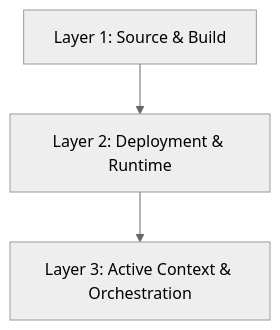
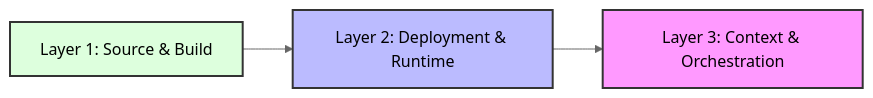
Before and after one commit to udx/dev.kit: the diagram in assets/diagrams/engineering-layers.mmd, drawn with Mermaid (neutral theme). The commit also changed 31 other files, not shown here.

Commit message:
assets: optimize and beautify documentation diagrams

```diff
--- a/assets/diagrams/engineering-layers.mmd
+++ b/assets/diagrams/engineering-layers.mmd
@@ -1,3 +1,7 @@
-flowchart TD
-    Build[Layer 1: Source & Build] --> Deploy[Layer 2: Deployment & Runtime]
-    Deploy --> Context[Layer 3: Active Context & Orchestration]
+flowchart LR
+    L1[Layer 1: Source & Build] --> L2[Layer 2: Deployment & Runtime]
+    L2 --> L3[Layer 3: Context & Orchestration]
+    
+    style L1 fill:#dfd,stroke:#333,stroke-width:2px
+    style L2 fill:#bbf,stroke:#333,stroke-width:2px
+    style L3 fill:#f9f,stroke:#333,stroke-width:2px
```
